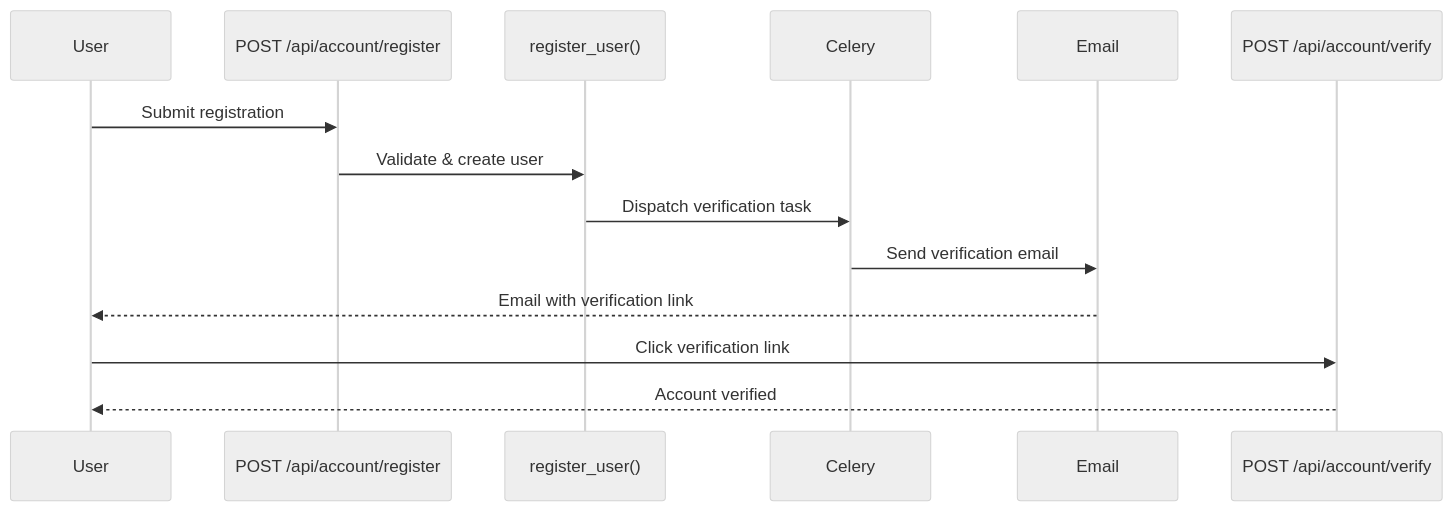
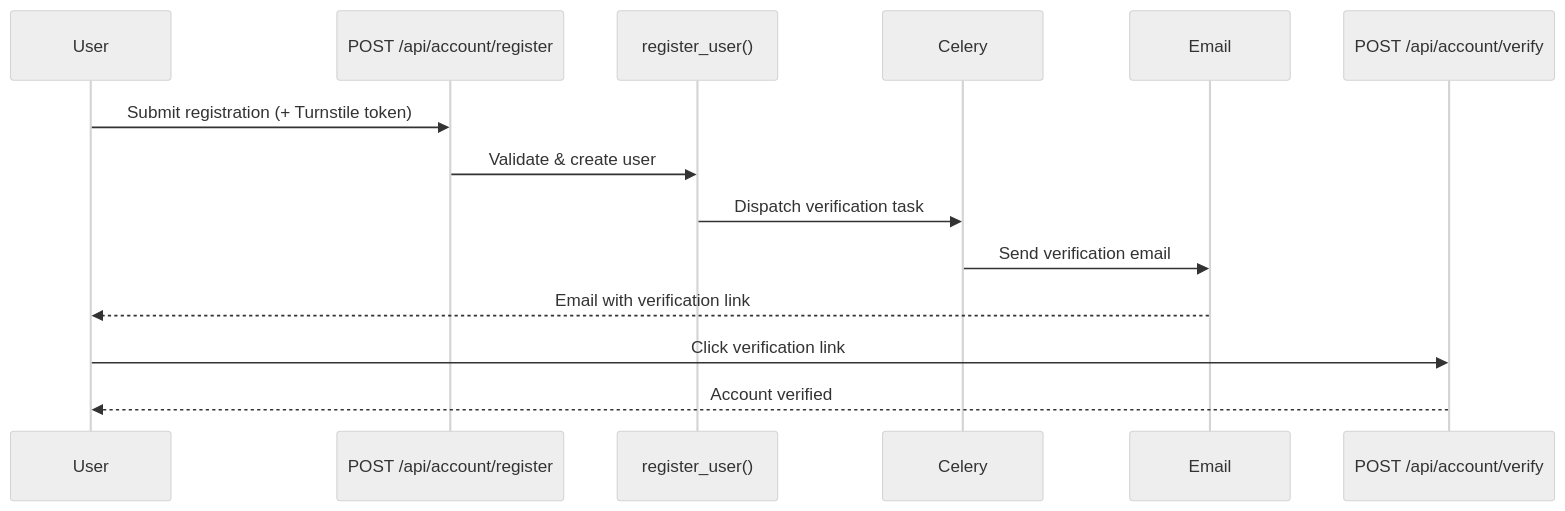
One commit to letsrevel/revel-backend changed the first of 12 diagrams in docs/guides/user-journey.md. Above: the diagram before and after it, drawn with Mermaid (neutral theme). The commit also changed other lines of this file and 58 other files, not shown here.

````diff
--- a/docs/guides/user-journey.md
+++ b/docs/guides/user-journey.md
@@ -16,17 +16,17 @@
 ```mermaid
 sequenceDiagram
     participant U as User
     participant API as POST /api/account/register
     participant S as register_user()
     participant C as Celery
     participant E as Email
     participant V as POST /api/account/verify
 
-    U->>API: Submit registration
+    U->>API: Submit registration (+ Turnstile token)
     API->>S: Validate & create user
     S->>C: Dispatch verification task
     C->>E: Send verification email
     E-->>U: Email with verification link
     U->>V: Click verification link
     V-->>U: Account verified
 ```
````
